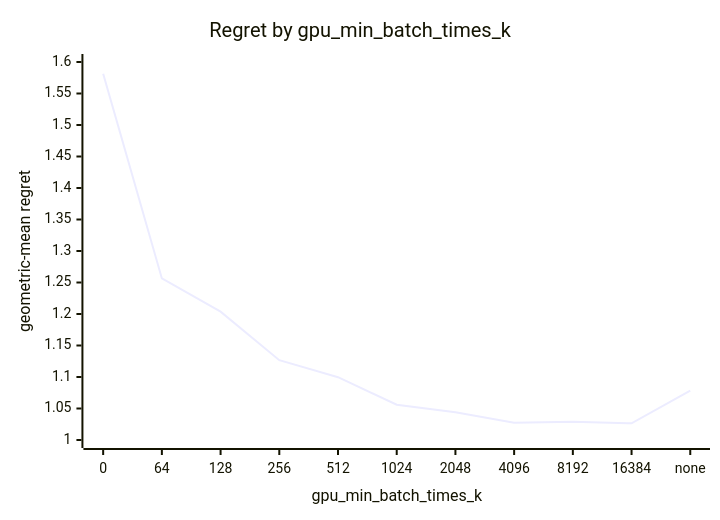
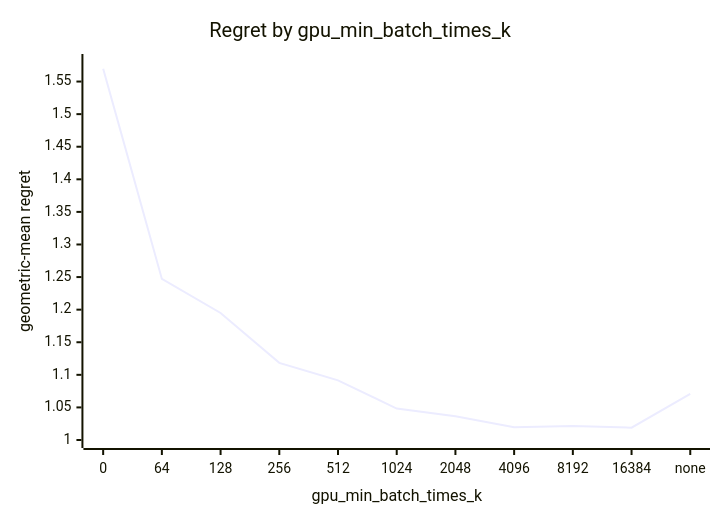
The sixth of 9 diagrams in docs/results/apple-m5-pro-20gpu/20261003-c0878c/svd/report.md (c0rmac/metal-linalg), drawn with Mermaid before and after one commit. The commit also changed other lines of this file and 82 other files, not shown here.

````diff
--- a/docs/results/apple-m5-pro-20gpu/20261003-c0878c/svd/report.md
+++ b/docs/results/apple-m5-pro-20gpu/20261003-c0878c/svd/report.md
@@ -263,7 +265,7 @@
 ```mermaid
 xychart-beta
     title "Regret by gpu_min_batch_times_k"
     x-axis "gpu_min_batch_times_k" [0, 64, 128, 256, 512, 1024, 2048, 4096, 8192, 16384, none]
-    y-axis "geometric-mean regret" 1.0 --> 1.60
-    line [1.5815, 1.2565, 1.2038, 1.1267, 1.0997, 1.0560, 1.0440, 1.0273, 1.0289, 1.0265, 1.0785]
+    y-axis "geometric-mean regret" 1.0 --> 1.58
+    line [1.5698, 1.2472, 1.1949, 1.1184, 1.0915, 1.0482, 1.0363, 1.0197, 1.0213, 1.0189, 1.0706]
 ```
````
